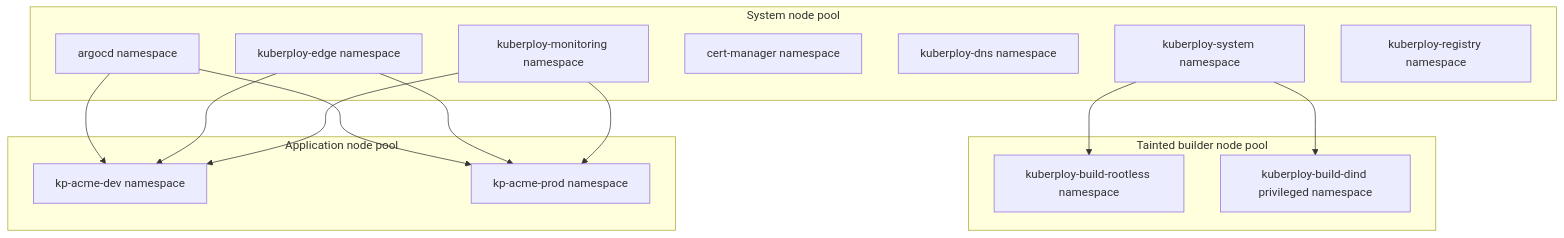
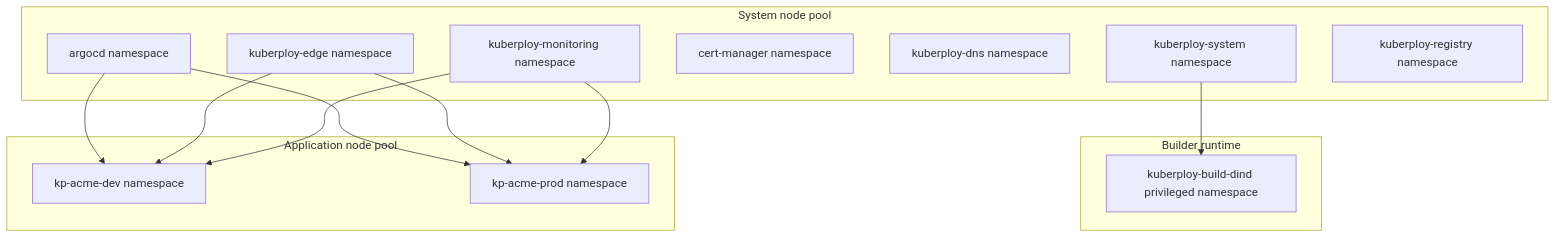
Before and after one commit to kuberploy/kuberploy: the second of 9 diagrams in ARCHITECTURE.md, drawn with Mermaid. The commit also changed other lines of this file and 76 other files, not shown here.

````diff
--- a/ARCHITECTURE.md
+++ b/ARCHITECTURE.md
@@ -188,31 +188,29 @@
 ```mermaid
 flowchart TB
     subgraph SystemNodes["System node pool"]
         SYS["kuberploy-system namespace"]
         ARGO_NS["argocd namespace"]
         EDGE_NS["kuberploy-edge namespace"]
         CERT_NS["cert-manager namespace"]
         DNS_NS["kuberploy-dns namespace"]
         MON_NS["kuberploy-monitoring namespace"]
         REG_NS["kuberploy-registry namespace"]
     end
 
-    subgraph BuilderNodes["Tainted builder node pool"]
-        ROOTLESS_NS["kuberploy-build-rootless namespace"]
+    subgraph BuilderRuntime["Builder runtime"]
         DIND_NS["kuberploy-build-dind privileged namespace"]
     end
 
     subgraph RuntimeNodes["Application node pool"]
         DEV_NS["kp-acme-dev namespace"]
         PROD_NS["kp-acme-prod namespace"]
     end
 
-    SYS --> ROOTLESS_NS
     SYS --> DIND_NS
     ARGO_NS --> DEV_NS
     ARGO_NS --> PROD_NS
     EDGE_NS --> DEV_NS
     EDGE_NS --> PROD_NS
     MON_NS --> DEV_NS
     MON_NS --> PROD_NS
 ```
````
